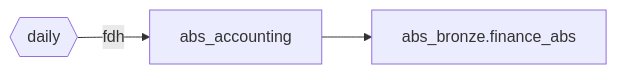
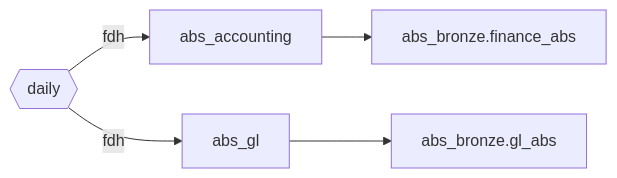
The diagram in framework_ingestion/SOURCE_MAP.md (NitinKeshavB/framework), drawn with Mermaid before and after one commit. The commit also changed other lines of this file and 31 other files, not shown here.

````diff
--- a/framework_ingestion/SOURCE_MAP.md
+++ b/framework_ingestion/SOURCE_MAP.md
@@ -25,6 +26,8 @@
 ```mermaid
 flowchart LR
   abs_daily{{daily}}
   abs_daily -->|fdh| abs_accounting[abs_accounting]
   abs_accounting --> abs_bronze_finance_abs[abs_bronze.finance_abs]
+  abs_daily -->|fdh| abs_gl[abs_gl]
+  abs_gl --> abs_bronze_gl_abs[abs_bronze.gl_abs]
 ```
````
